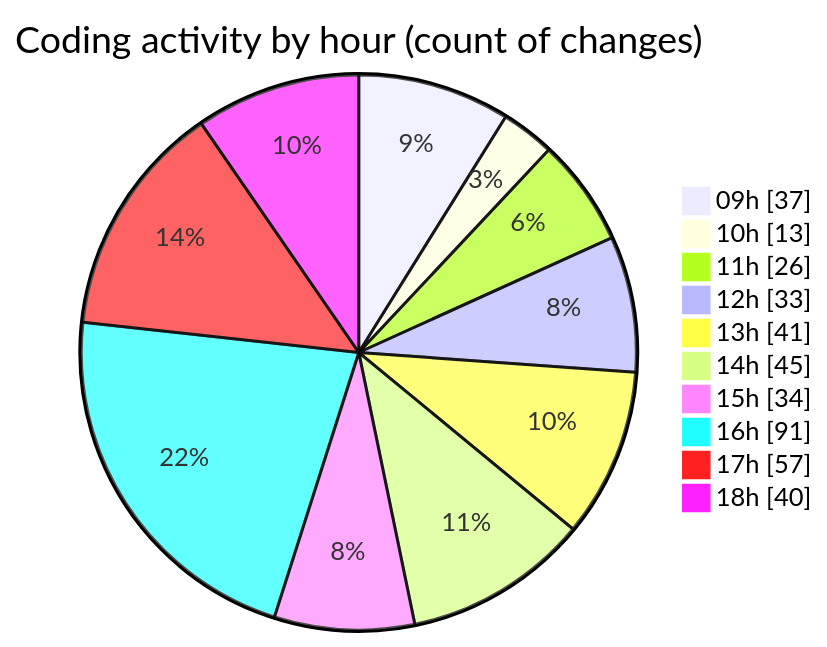
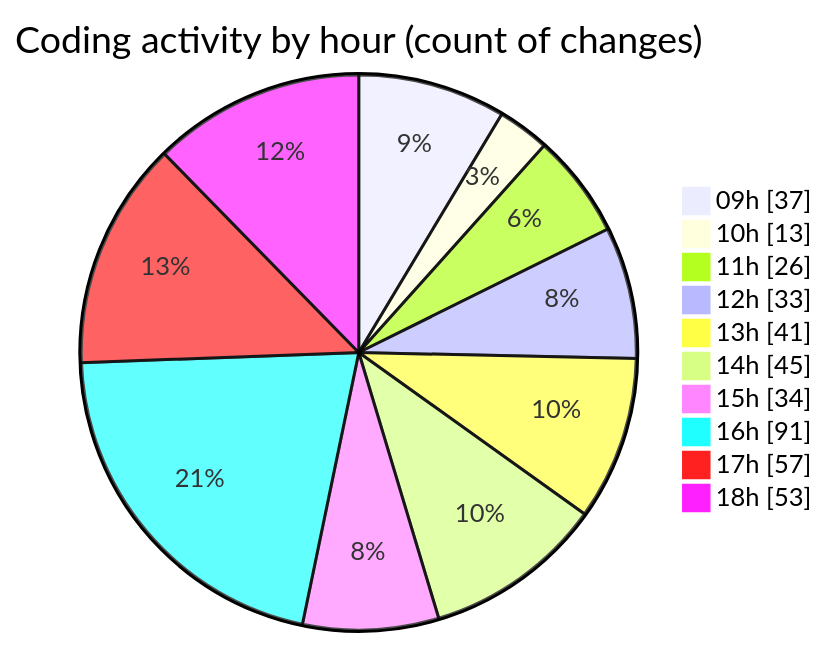
Before and after one commit to momahboobian/code-tracking: the second of 2 diagrams in 2026-04-23/cda/README.md, drawn with Mermaid. The commit also changed other lines of this file and 1 other file, not shown here.

````diff
--- a/2026-04-23/cda/README.md
+++ b/2026-04-23/cda/README.md
@@ -57,14 +57,14 @@
 ```mermaid
 pie showData
 title Coding activity by hour (count of changes)
 "09h" : 37
 "10h" : 13
 "11h" : 26
 "12h" : 33
 "13h" : 41
 "14h" : 45
 "15h" : 34
 "16h" : 91
 "17h" : 57
-"18h" : 40
+"18h" : 53
 ```
````
